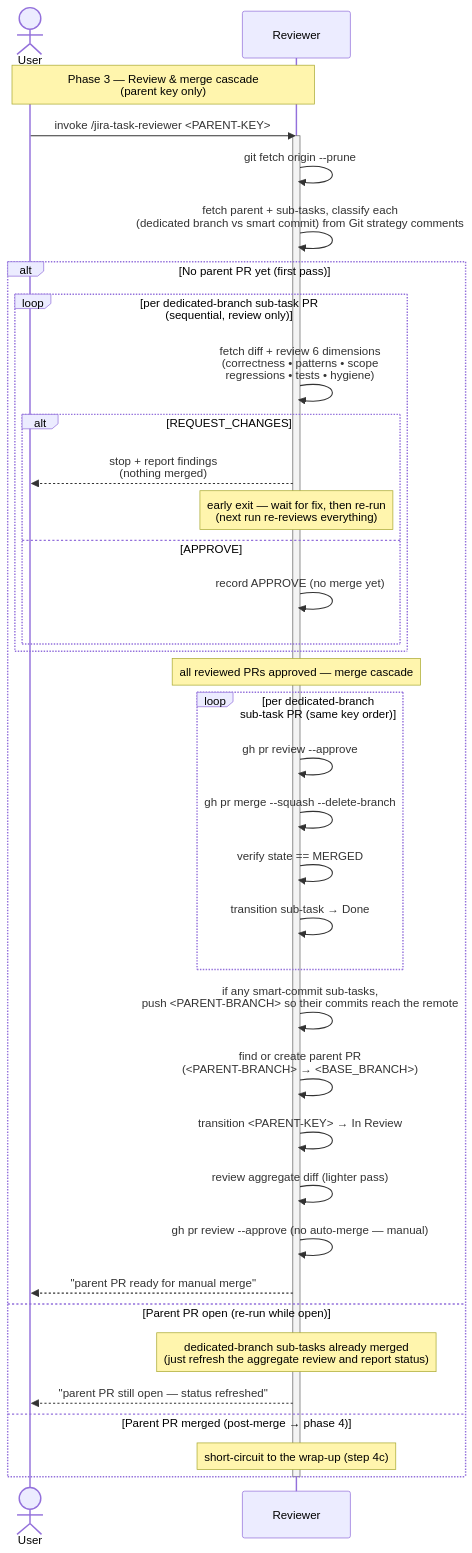
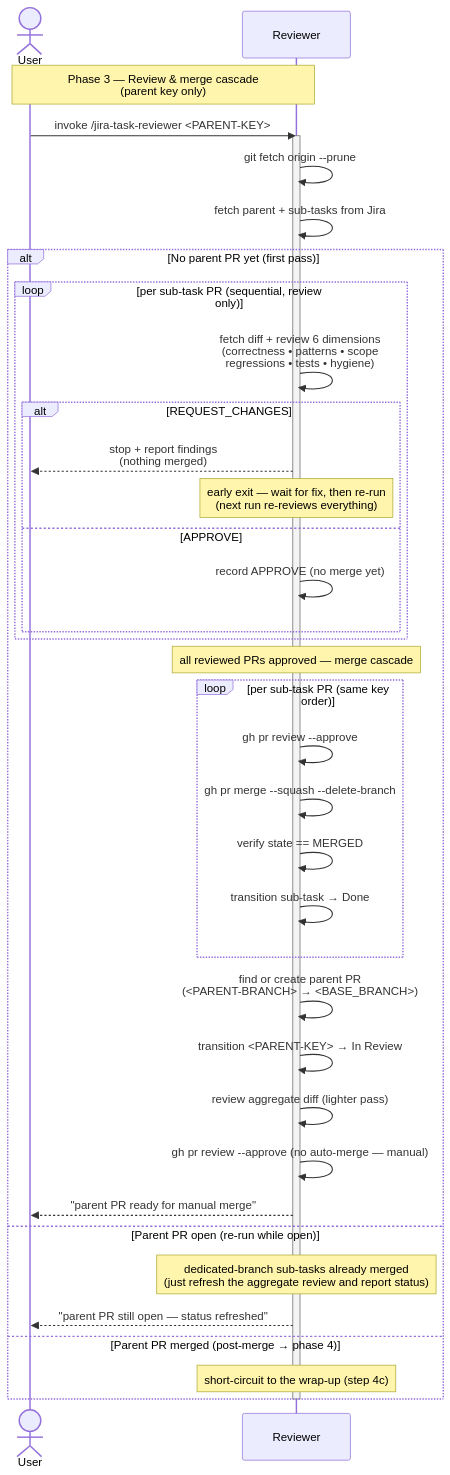
One commit to kantorv/jira-sdlc-tools changed the diagram in plugins/jira-sdlc/docs/TASK-LIFECYCLE-PHASE-3.md. Above: the diagram before and after it, drawn with Mermaid. The commit also changed other lines of this file and 11 other files, not shown here.

````diff
--- a/plugins/jira-sdlc/docs/TASK-LIFECYCLE-PHASE-3.md
+++ b/plugins/jira-sdlc/docs/TASK-LIFECYCLE-PHASE-3.md
@@ -15,45 +15,44 @@
 ```mermaid
 sequenceDiagram
     actor User
     participant Reviewer
 
     Note over User,Reviewer: Phase 3 — Review & merge cascade<br/>(parent key only)
     User->>Reviewer: invoke /jira-task-reviewer <PARENT-KEY>
 
     activate Reviewer
     Reviewer->>Reviewer: git fetch origin --prune
-    Reviewer->>Reviewer: fetch parent + sub-tasks, classify each<br/>(dedicated branch vs smart commit) from Git strategy comments
+    Reviewer->>Reviewer: fetch parent + sub-tasks from Jira
 
     alt No parent PR yet (first pass)
-        loop per dedicated-branch sub-task PR (sequential, review only)
+        loop per sub-task PR (sequential, review only)
             Reviewer->>Reviewer: fetch diff + review 6 dimensions<br/>(correctness • patterns • scope<br/>regressions • tests • hygiene)
             alt REQUEST_CHANGES
                 Reviewer-->>User: stop + report findings<br/>(nothing merged)
                 Note over Reviewer: early exit — wait for fix, then re-run<br/>(next run re-reviews everything)
             else APPROVE
                 Reviewer->>Reviewer: record APPROVE (no merge yet)
             end
         end
 
         Note over Reviewer: all reviewed PRs approved — merge cascade
-        loop per dedicated-branch sub-task PR (same key order)
+        loop per sub-task PR (same key order)
             Reviewer->>Reviewer: gh pr review --approve
             Reviewer->>Reviewer: gh pr merge --squash --delete-branch
             Reviewer->>Reviewer: verify state == MERGED
             Reviewer->>Reviewer: transition sub-task → Done
         end
 
-        Reviewer->>Reviewer: if any smart-commit sub-tasks,<br/>push <PARENT-BRANCH> so their commits reach the remote
         Reviewer->>Reviewer: find or create parent PR<br/>(<PARENT-BRANCH> → <BASE_BRANCH>)
         Reviewer->>Reviewer: transition <PARENT-KEY> → In Review
         Reviewer->>Reviewer: review aggregate diff (lighter pass)
         Reviewer->>Reviewer: gh pr review --approve (no auto-merge — manual)
         Reviewer-->>User: "parent PR ready for manual merge"
     else Parent PR open (re-run while open)
         Note over Reviewer: dedicated-branch sub-tasks already merged<br/>(just refresh the aggregate review and report status)
         Reviewer-->>User: "parent PR still open — status refreshed"
     else Parent PR merged (post-merge → phase 4)
         Note over Reviewer: short-circuit to the wrap-up (step 4c)
     end
     deactivate Reviewer
 ```
````
